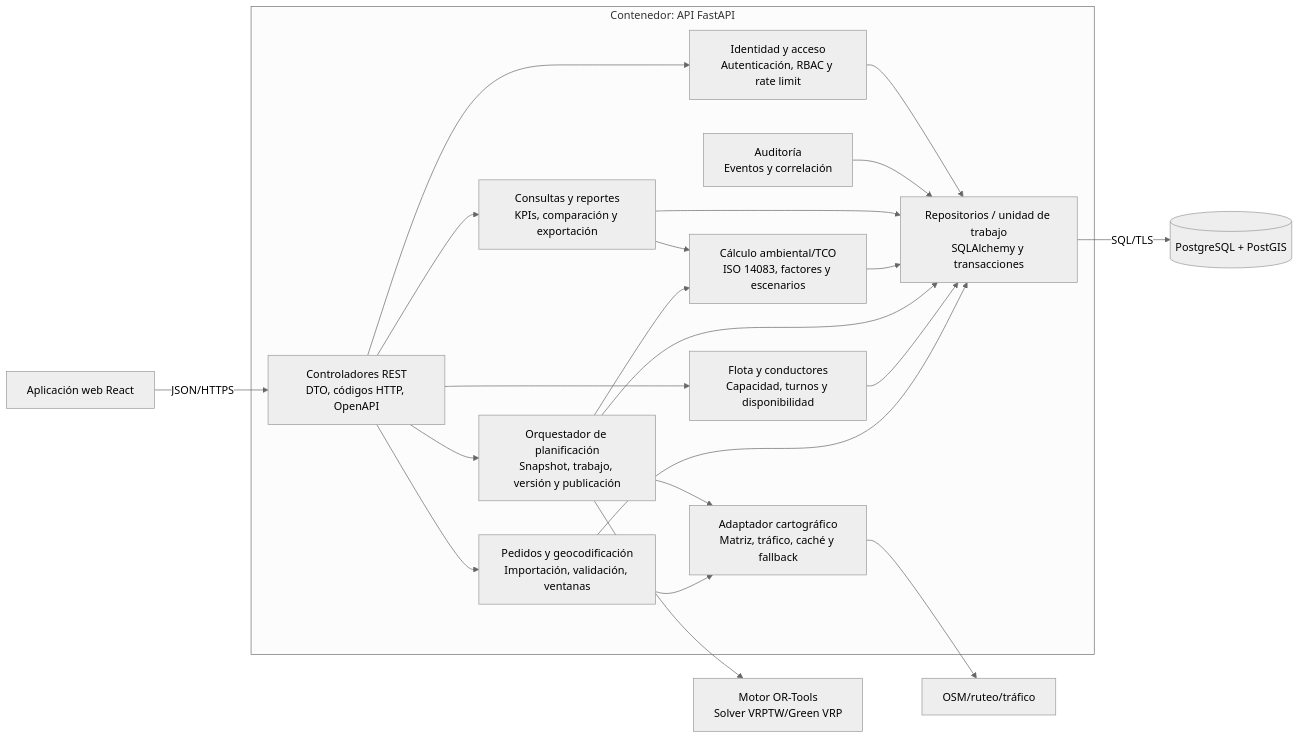
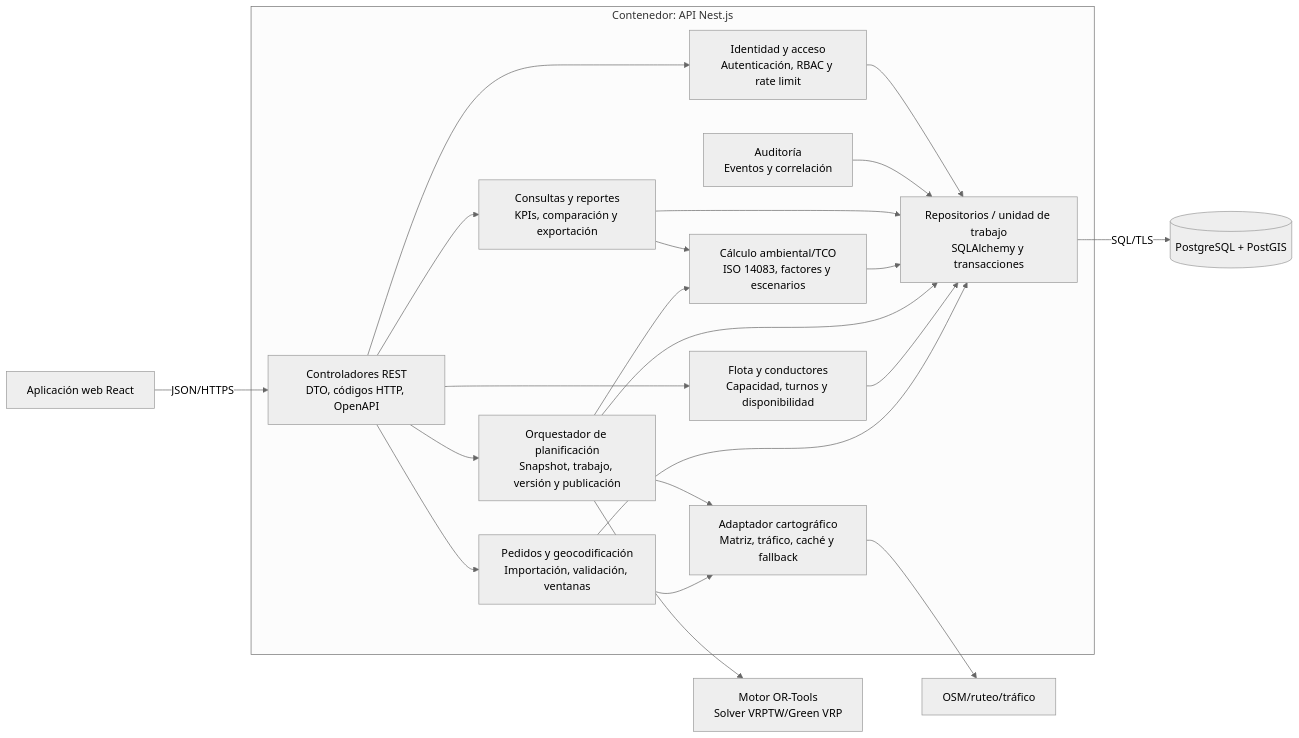
Before and after one commit to alexito-dev/EcoLogistica: the fourth of 5 diagrams in docs/01 Inicio/12. Modelo C4 V_1_0_0.md, drawn with Mermaid (neutral theme). The commit also changed other lines of this file and 6 other files, not shown here.

Commit message:
docs(architecture): adopt Next Nest and Python optimizer

````diff
--- a/docs/01 Inicio/12. Modelo C4 V_1_0_0.md
+++ b/docs/01 Inicio/12. Modelo C4 V_1_0_0.md
@@ -119,42 +119,42 @@
 ```mermaid
 flowchart LR
     web["Aplicación web React"]
 
-    subgraph api["Contenedor: API FastAPI"]
+    subgraph api["Contenedor: API Nest.js"]
       routes["Controladores REST<br/>DTO, códigos HTTP, OpenAPI"]
       auth["Identidad y acceso<br/>Autenticación, RBAC y rate limit"]
       orders["Pedidos y geocodificación<br/>Importación, validación, ventanas"]
       fleet["Flota y conductores<br/>Capacidad, turnos y disponibilidad"]
       planning["Orquestador de planificación<br/>Snapshot, trabajo, versión y publicación"]
       routing["Adaptador cartográfico<br/>Matriz, tráfico, caché y fallback"]
       carbon["Cálculo ambiental/TCO<br/>ISO 14083, factores y escenarios"]
       analytics["Consultas y reportes<br/>KPIs, comparación y exportación"]
       audit["Auditoría<br/>Eventos y correlación"]
       repo["Repositorios / unidad de trabajo<br/>SQLAlchemy y transacciones"]
     end
 
     optimizer["Motor OR-Tools<br/>Solver VRPTW/Green VRP"]
     db[("PostgreSQL + PostGIS")]
     external["OSM/ruteo/tráfico"]
 
     web -->|"JSON/HTTPS"| routes
     routes --> auth
     routes --> orders
     routes --> fleet
     routes --> planning
     routes --> analytics
     orders --> routing
     planning --> routing
     planning --> optimizer
     planning --> carbon
     analytics --> carbon
     orders --> repo
     fleet --> repo
     planning --> repo
     carbon --> repo
     analytics --> repo
     audit --> repo
     auth --> repo
     routing --> external
     repo -->|"SQL/TLS"| db
 ```
````
